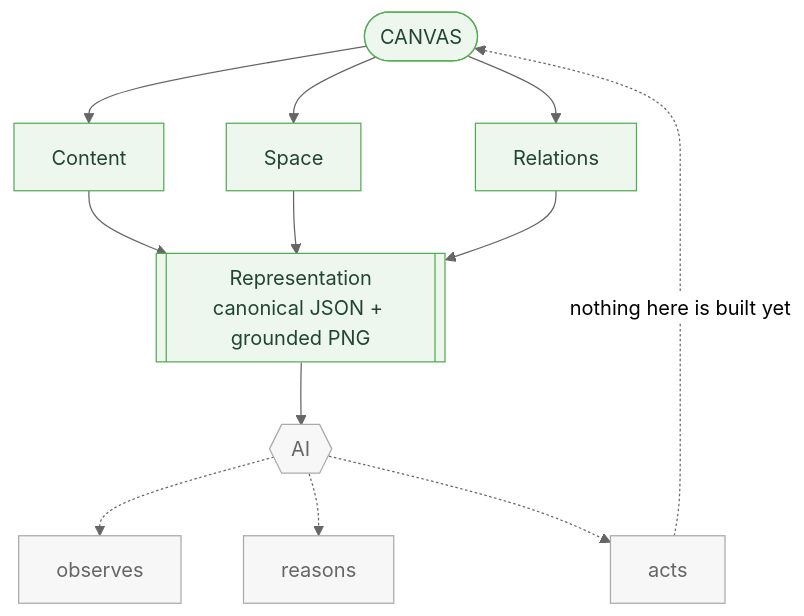
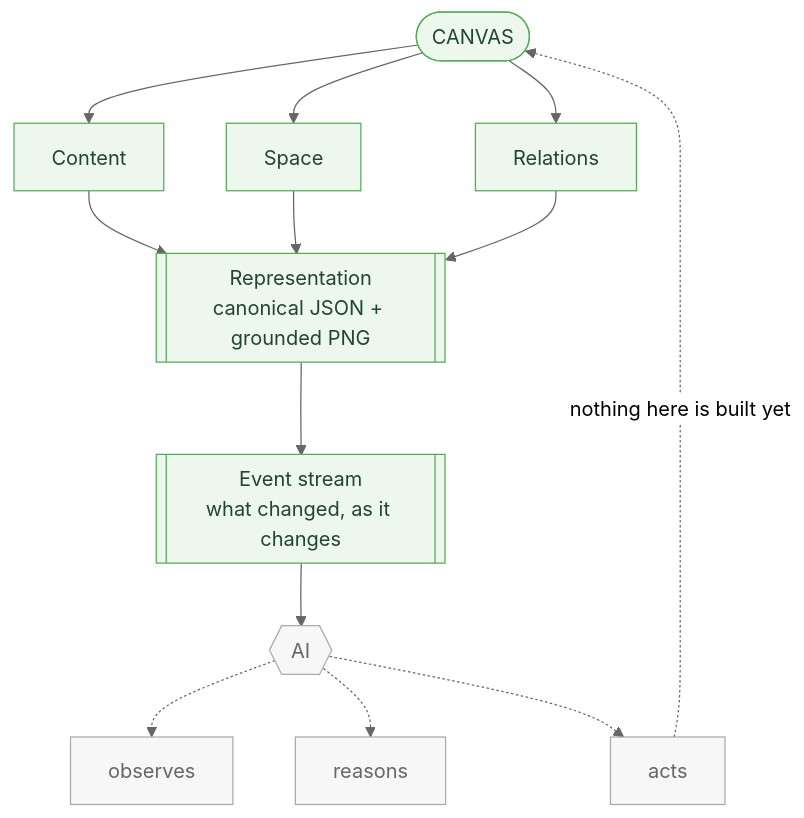
Before and after one commit to merdemkoc/llm-spatial-context: the sixth of 7 diagrams in docs/why.md, drawn with Mermaid (neutral theme). The commit also changed other lines of this file and 17 other files, not shown here.

````diff
--- a/docs/why.md
+++ b/docs/why.md
@@ -338,20 +338,21 @@
 ```mermaid
 flowchart TB
     canvas(["CANVAS"])
     canvas --> content["Content"]
     canvas --> space["Space"]
     canvas --> relations["Relations"]
     content --> rep[["Representation<br/>canonical JSON + grounded PNG"]]
     space --> rep
     relations --> rep
-    rep --> ai{{"AI"}}
+    rep --> stream[["Event stream<br/>what changed, as it changes"]]
+    stream --> ai{{"AI"}}
     ai -.-> observes["observes"]
     ai -.-> reasons["reasons"]
     ai -.-> acts["acts"]
     acts -.->|"nothing here is built yet"| canvas
 
     classDef built fill:#eef7ee,stroke:#5a5,color:#243;
     classDef speculative fill:#f7f7f7,stroke:#aaa,color:#666;
-    class canvas,content,space,relations,rep built;
+    class canvas,content,space,relations,rep,stream built;
     class ai,observes,reasons,acts speculative;
 ```
````
